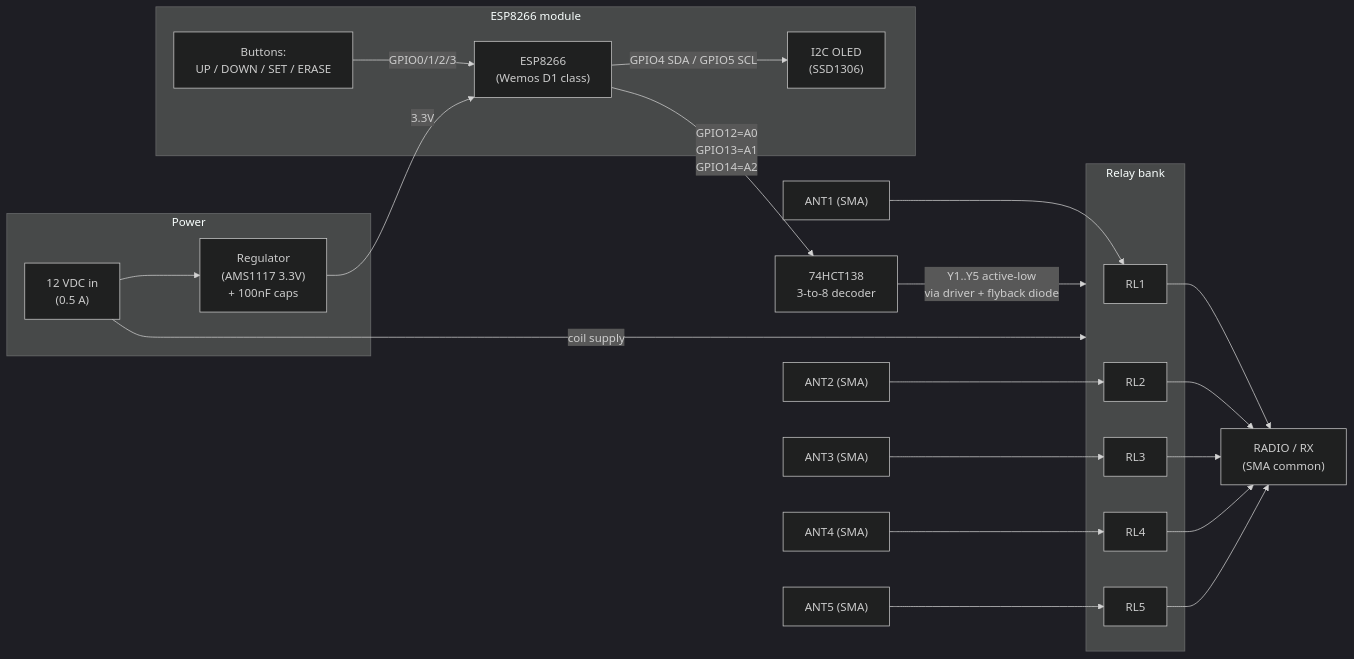
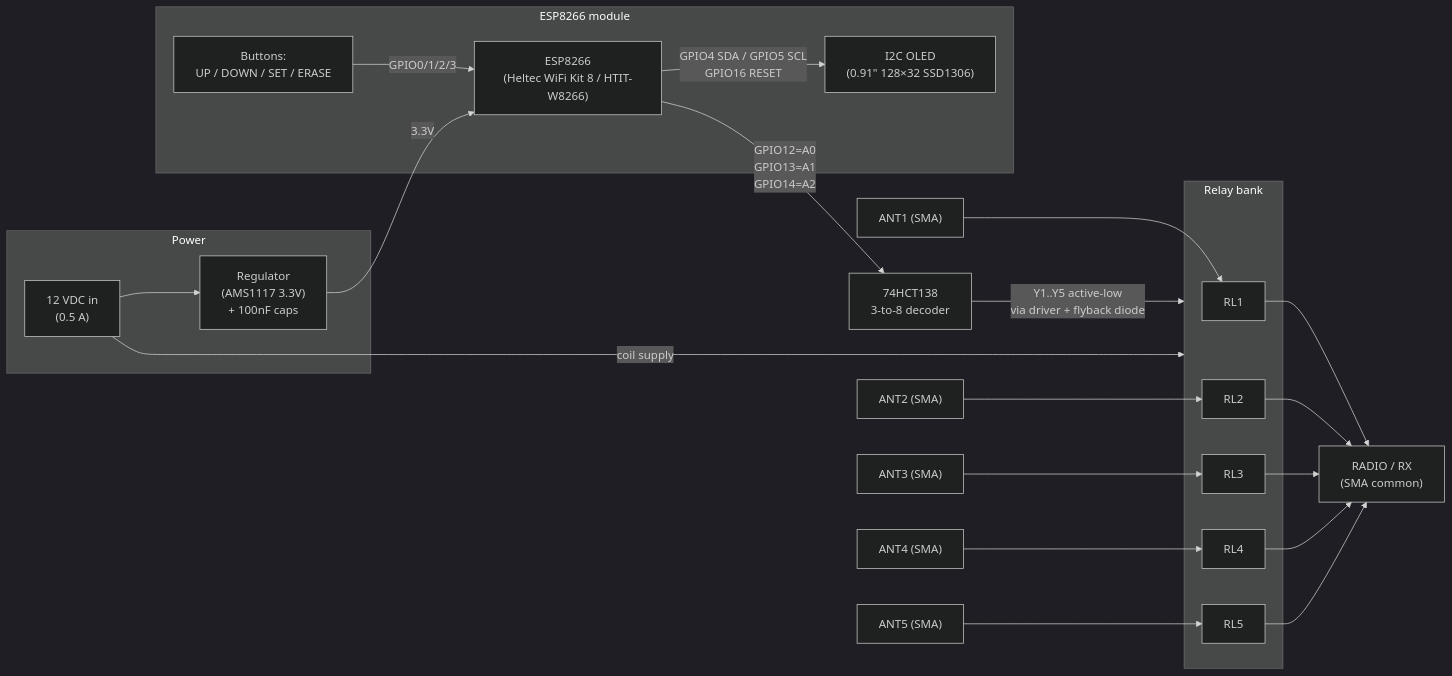
The diagram in docs/schematic.md (madpsy/ubersdr_switch), drawn with Mermaid (dark theme) before and after one commit. The commit also changed other lines of this file and 31 other files, not shown here.

````diff
--- a/docs/schematic.md
+++ b/docs/schematic.md
@@ -74,44 +76,44 @@
 ```mermaid
 flowchart LR
     subgraph PWR["Power"]
         V12["12 VDC in<br/>(0.5 A)"]
         REG["Regulator<br/>(AMS1117 3.3V)<br/>+ 100nF caps"]
         V12 --> REG
     end
 
     subgraph MCU["ESP8266 module"]
-        ESP["ESP8266<br/>(Wemos D1 class)"]
-        OLED["I2C OLED<br/>(SSD1306)"]
+        ESP["ESP8266<br/>(Heltec WiFi Kit 8 / HTIT-W8266)"]
+        OLED["I2C OLED<br/>(0.91&quot; 128×32 SSD1306)"]
         BTN["Buttons:<br/>UP / DOWN / SET / ERASE"]
-        ESP -- "GPIO4 SDA / GPIO5 SCL" --> OLED
+        ESP -- "GPIO4 SDA / GPIO5 SCL<br/>GPIO16 RESET" --> OLED
         BTN -- "GPIO0/1/2/3" --> ESP
     end
 
     DEC["74HCT138<br/>3-to-8 decoder"]
     ESP -- "GPIO12=A0<br/>GPIO13=A1<br/>GPIO14=A2" --> DEC
 
     subgraph RLY["Relay bank"]
         RL1["RL1"]
         RL2["RL2"]
         RL3["RL3"]
         RL4["RL4"]
         RL5["RL5"]
     end
 
     DEC -- "Y1..Y5 active-low<br/>via driver + flyback diode" --> RLY
 
     A1["ANT1 (SMA)"] --> RL1
     A2["ANT2 (SMA)"] --> RL2
     A3["ANT3 (SMA)"] --> RL3
     A4["ANT4 (SMA)"] --> RL4
     A5["ANT5 (SMA)"] --> RL5
 
     RL1 --> RX["RADIO / RX<br/>(SMA common)"]
     RL2 --> RX
     RL3 --> RX
     RL4 --> RX
     RL5 --> RX
 
     REG -- "3.3V" --> ESP
     V12 -- "coil supply" --> RLY
 ```
````
